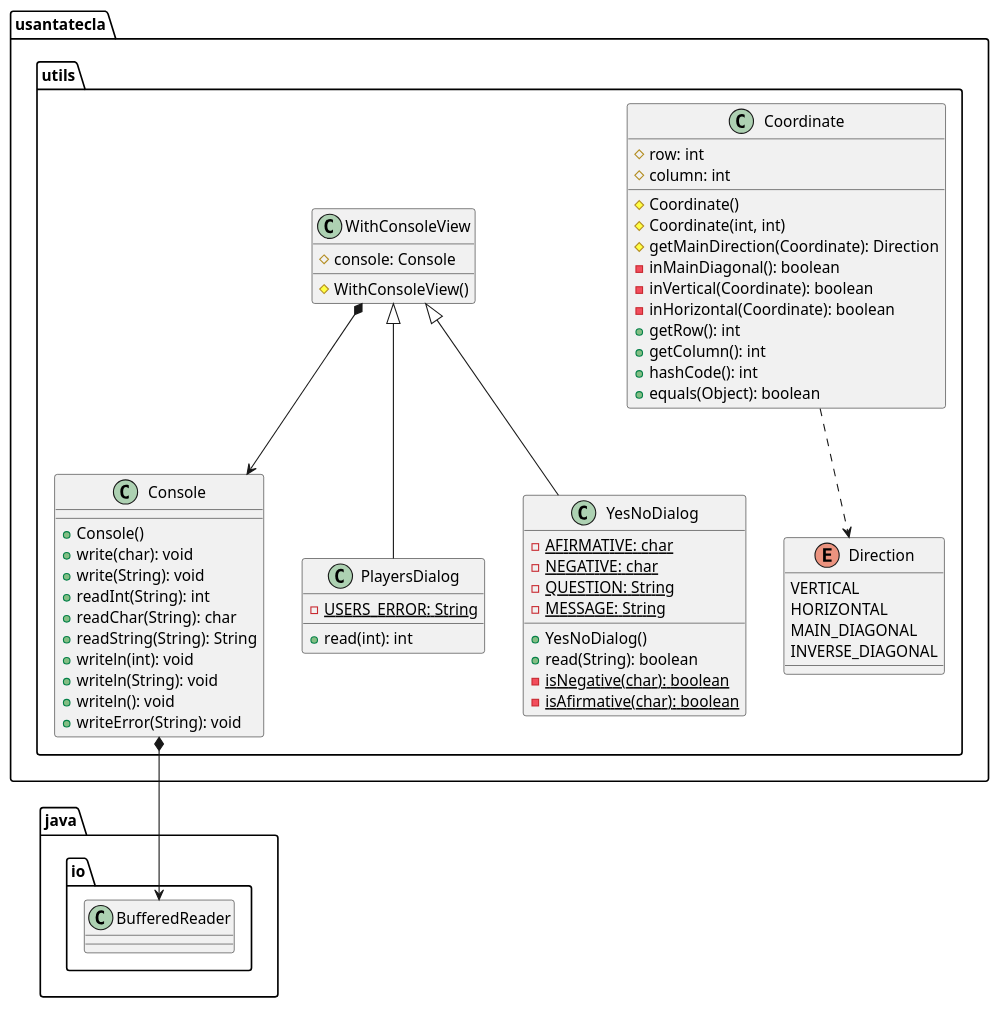
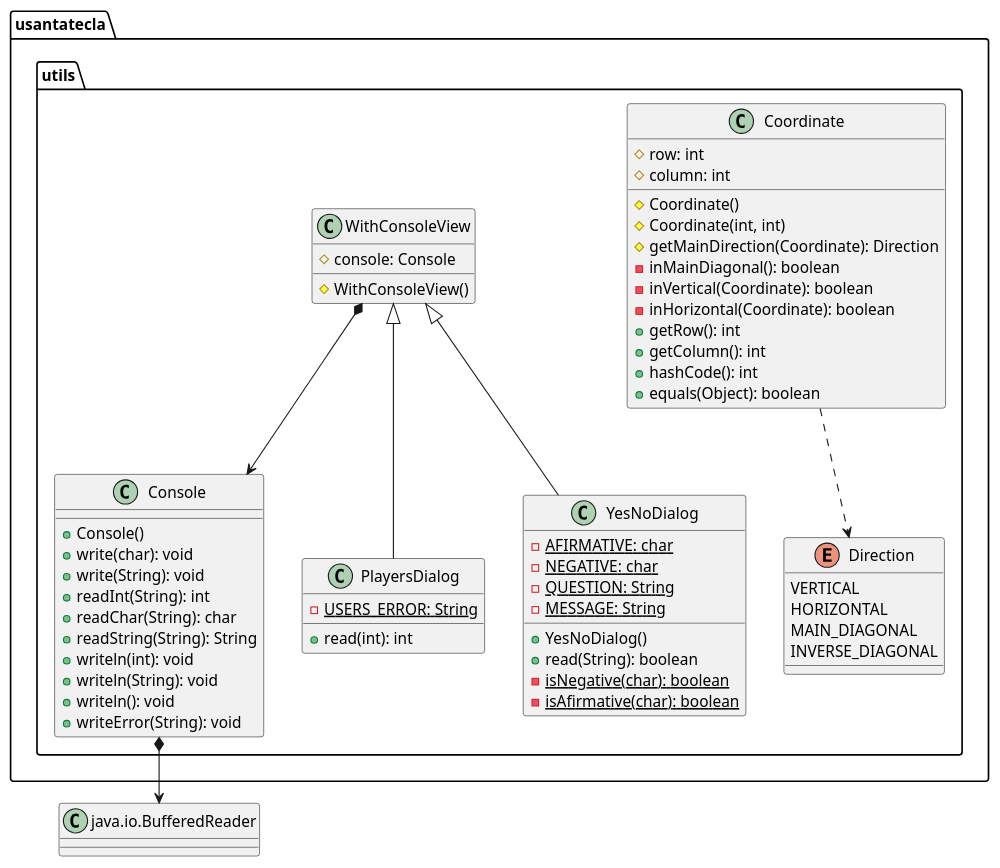
The sixth of 6 diagrams in documentView/withFactoryMethod/docs/diagrams/src/paquetes.plantuml (Jolucaa/USantaTecla-project-ticTacToe), drawn with PlantUML before and after one commit. The commit also changed other lines of this file and 3 other files, not shown here.

Commit message:
documentView.WithFactoryMethod diagrams updated 4

```diff
--- a/documentView/withFactoryMethod/docs/diagrams/src/paquetes.plantuml
+++ b/documentView/withFactoryMethod/docs/diagrams/src/paquetes.plantuml
@@ -492,62 +515,65 @@
 @startuml tictactoe.utils
 class  usantatecla.utils.Console{
 + Console()
 + write(char): void
 + write(String): void
 + readInt(String): int
 + readChar(String): char
 + readString(String): String
 + writeln(int): void
 + writeln(String): void
 + writeln(): void
 + writeError(String): void
 }
-usantatecla.utils.Console *-down-> java.io.BufferedReader
+
+class BufferedReader as "java.io.BufferedReader"
+
+usantatecla.utils.Console *-down-> BufferedReader
 
 class  usantatecla.utils.Coordinate{
 # row: int
 # column: int
 # Coordinate()
 # Coordinate(int, int)
 # getMainDirection(Coordinate): Direction
 - inMainDiagonal(): boolean
 - inVertical(Coordinate): boolean
 - inHorizontal(Coordinate): boolean
 + getRow(): int
 + getColumn(): int
 + hashCode(): int
 + equals(Object): boolean
 }
 usantatecla.utils.Coordinate ..> usantatecla.utils.Direction
 
 enum  usantatecla.utils.Direction{
   VERTICAL
   HORIZONTAL
   MAIN_DIAGONAL
   INVERSE_DIAGONAL
 }
 
 class  usantatecla.utils.PlayersDialog{
 - {static} USERS_ERROR: String
 + read(int): int
 }
 usantatecla.utils.WithConsoleView <|-down- usantatecla.utils.PlayersDialog
 
 class  usantatecla.utils.WithConsoleView{
 # console: Console
 # WithConsoleView()
 }
 usantatecla.utils.WithConsoleView *-down-> usantatecla.utils.Console
 
 class  usantatecla.utils.YesNoDialog{
 - {static} AFIRMATIVE: char
 - {static} NEGATIVE: char
 - {static} QUESTION: String
 - {static} MESSAGE: String
 + YesNoDialog()
 + read(String): boolean
 - {static} isNegative(char): boolean
 - {static} isAfirmative(char): boolean
 }
 usantatecla.utils.WithConsoleView <|-down- usantatecla.utils.YesNoDialog
 @enduml
```
